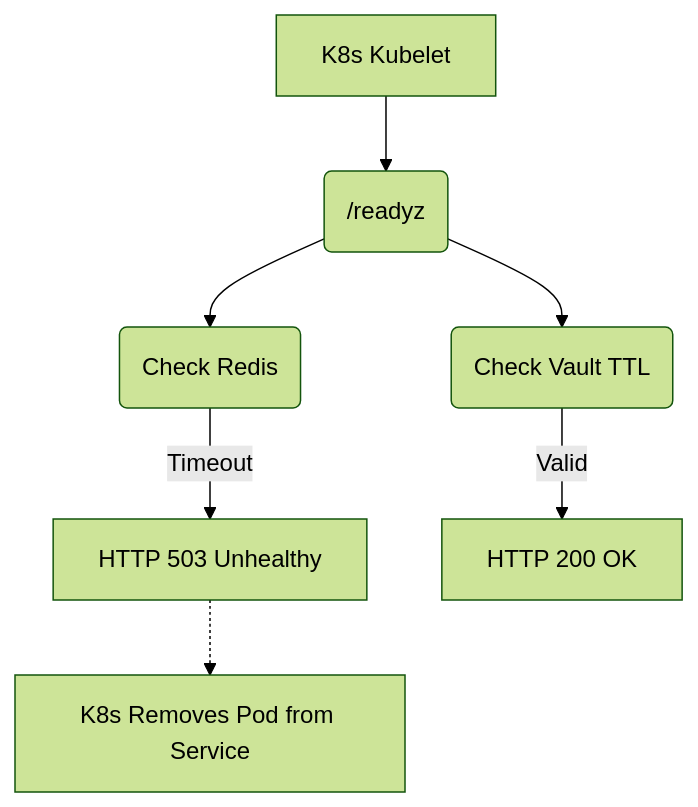
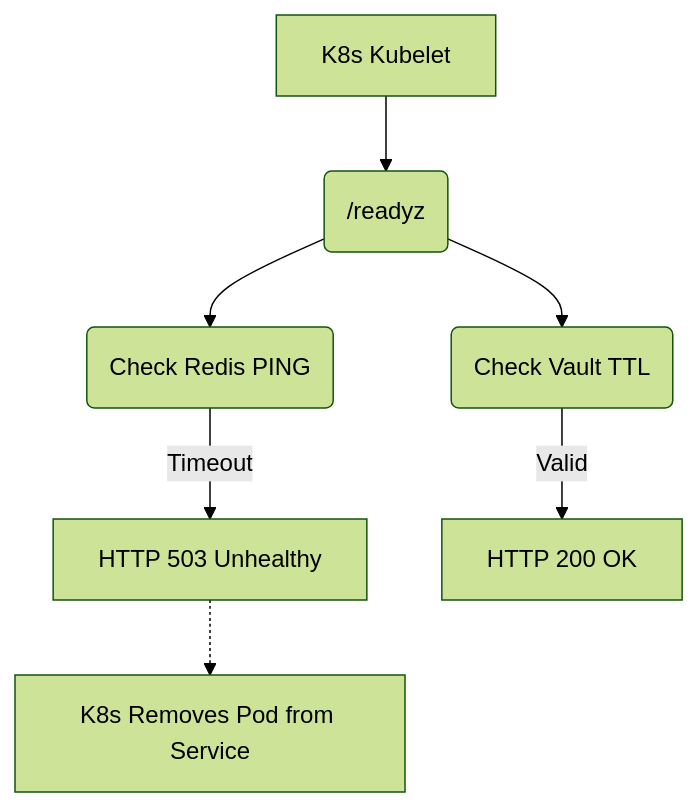
Before and after one commit to ninadphalak/LLM-Shield-Proxy: the diagram in website/docs/features/secure-infrastructure-service-mesh/deep-component-health-probes-and-prometheus-alert-rules.md, drawn with Mermaid (forest theme). The commit also changed other lines of this file and 94 other files, not shown here.

````diff
--- a/website/docs/features/secure-infrastructure-service-mesh/deep-component-health-probes-and-prometheus-alert-rules.md
+++ b/website/docs/features/secure-infrastructure-service-mesh/deep-component-health-probes-and-prometheus-alert-rules.md
@@ -17,9 +15,9 @@
 ```mermaid
 flowchart TD
     A[K8s Kubelet] --> B(/readyz)
-    B --> C(Check Redis)
+    B --> C(Check Redis PING)
     B --> D(Check Vault TTL)
     C -->|Timeout| E[HTTP 503 Unhealthy]
     D -->|Valid| F[HTTP 200 OK]
     E -.-> G[K8s Removes Pod from Service]
 ```
````
